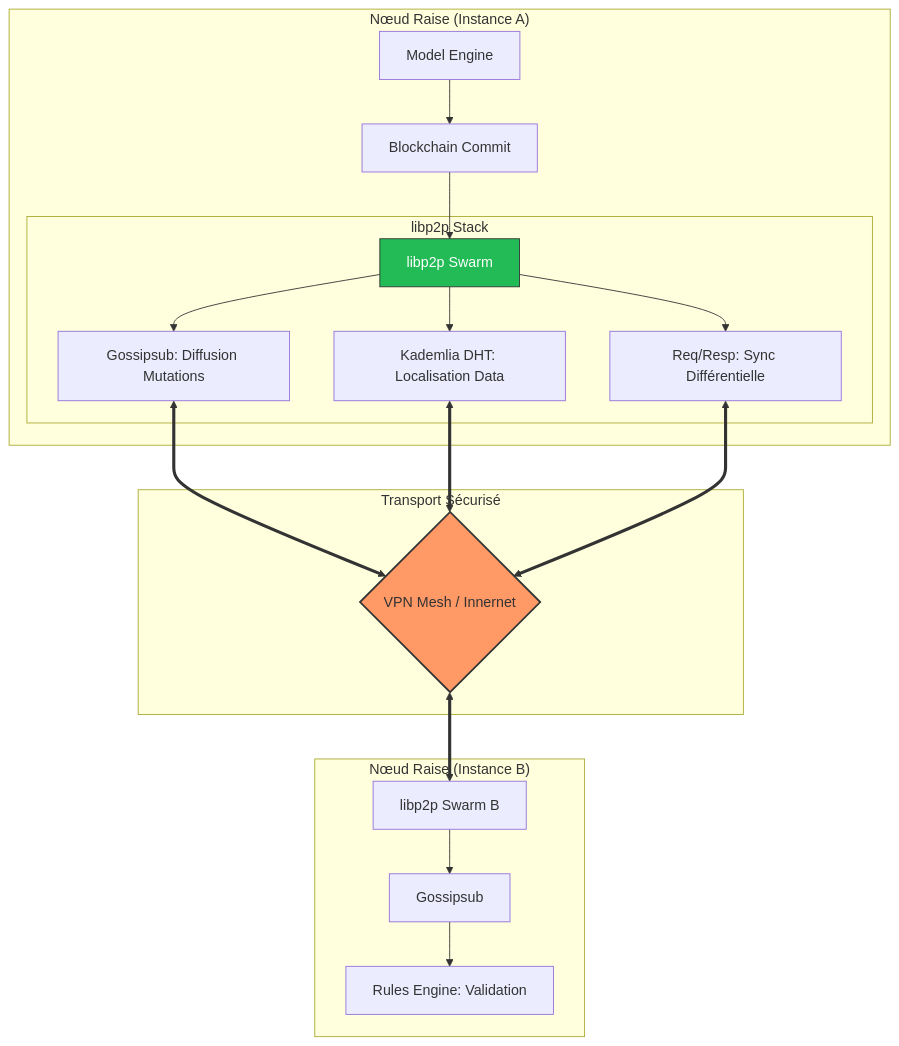
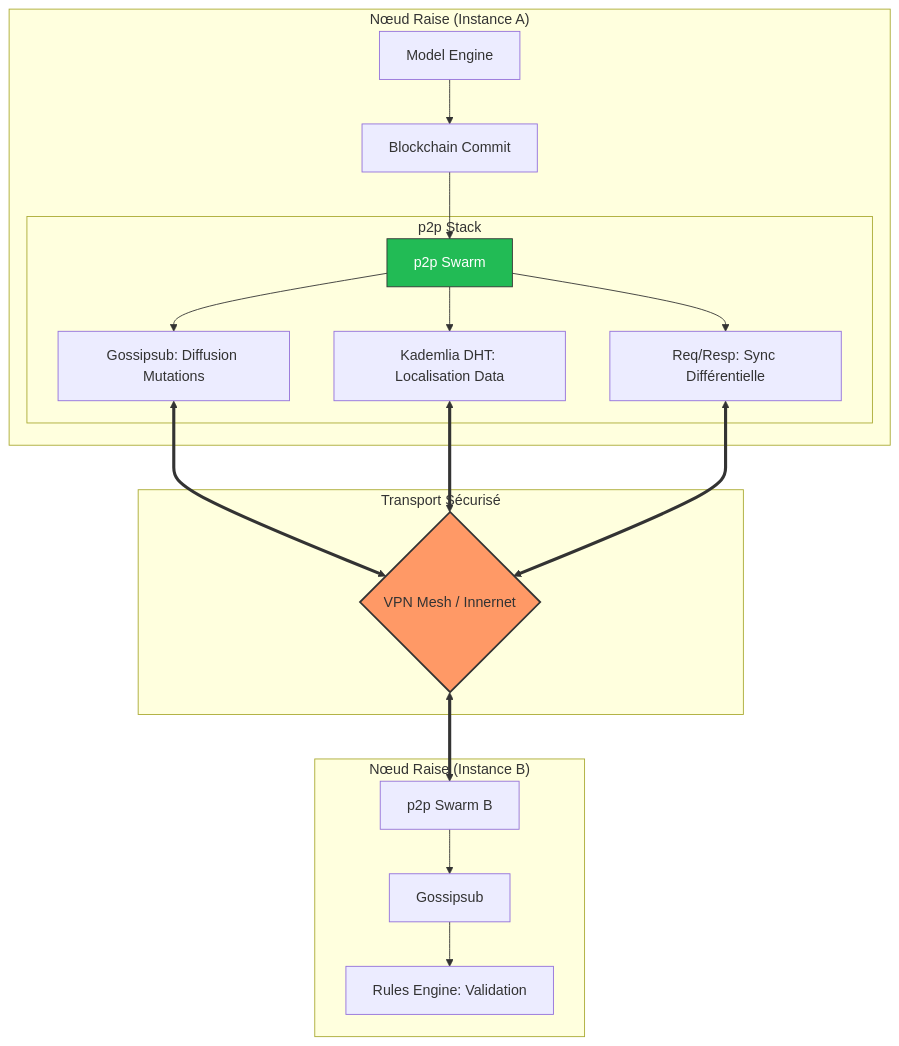
The diagram in src-tauri/src/blockchain/p2p/README.md (Condorcet-Continuum/raise), drawn with Mermaid before and after one commit. The commit also changed other lines of this file and 61 other files, not shown here.

````diff
--- a/src-tauri/src/blockchain/p2p/README.md
+++ b/src-tauri/src/blockchain/p2p/README.md
@@ -11,29 +11,29 @@
 ```mermaid
 graph TD
     subgraph "Nœud Raise (Instance A)"
         ME[Model Engine] --> CM[Blockchain Commit]
-        CM --> SW[libp2p Swarm]
+        CM --> SW[p2p Swarm]
 
-        subgraph "libp2p Stack"
+        subgraph "p2p Stack"
             SW --> GS[Gossipsub: Diffusion Mutations]
             SW --> KD[Kademlia DHT: Localisation Data]
             SW --> RR[Req/Resp: Sync Différentielle]
         end
     end
 
     subgraph "Transport Sécurisé"
         GS <==> VPN{VPN Mesh / Innernet}
         KD <==> VPN
         RR <==> VPN
     end
 
     subgraph "Nœud Raise (Instance B)"
-        VPN <==> SW_B[libp2p Swarm B]
+        VPN <==> SW_B[p2p Swarm B]
         SW_B --> GS_B[Gossipsub]
         GS_B --> RS_B[Rules Engine: Validation]
     end
 
     style VPN fill:#f96,stroke:#333,stroke-width:2px
     style SW fill:#2b5,stroke:#333,color:#fff
 
 ```
````
